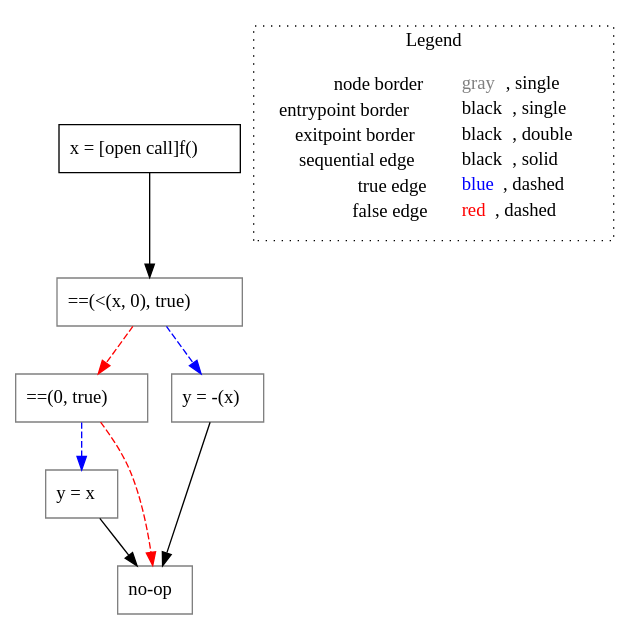
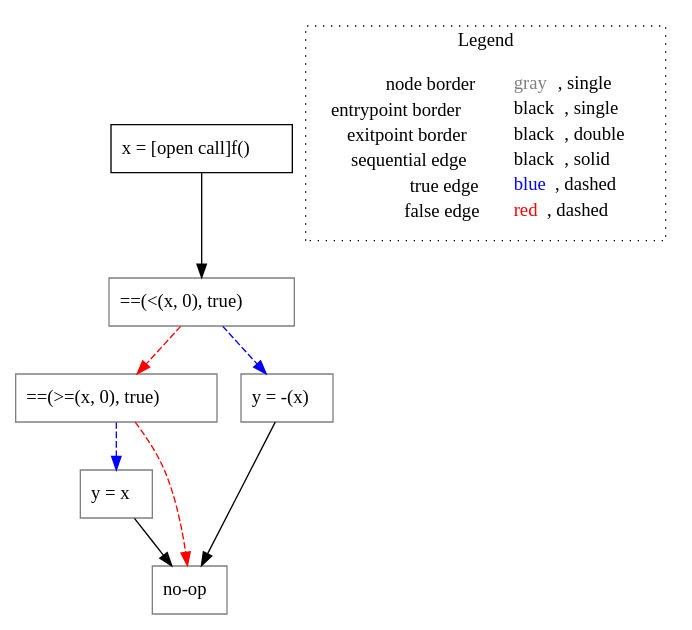
The diagram in go-lisa/test-outputs/cfg/switch/untyped_noGuardWithAsg().dot (lisa-analyzer/go-lisa), drawn with Graphviz before and after one commit. The commit also changed 1 other file, not shown here.

```diff
--- a/go-lisa/test-outputs/cfg/switch/untyped_noGuardWithAsg().dot
+++ b/go-lisa/test-outputs/cfg/switch/untyped_noGuardWithAsg().dot
@@ -1,22 +1,22 @@
 digraph {
 	"node0" [shape="rect",color="black",label=<x = [open call]f()>];
-	"node1" [shape="rect",color="gray",label=<y = x>];
-	"node2" [shape="rect",color="gray",label=<==(0, true)>];
-	"node3" [shape="rect",color="gray",label=<y = -(x)>];
+	"node1" [shape="rect",color="gray",label=<==(&lt;(x, 0), true)>];
+	"node2" [shape="rect",color="gray",label=<y = x>];
+	"node3" [shape="rect",color="gray",label=<==(&gt;=(x, 0), true)>];
 	"node4" [shape="rect",color="gray",label=<no-op>];
-	"node5" [shape="rect",color="gray",label=<==(&lt;(x, 0), true)>];
-	"node1" -> "node4" [color="black"];
-	"node2" -> "node1" [color="blue",style="dashed"];
-	"node2" -> "node4" [color="red",style="dashed"];
-	"node3" -> "node4" [color="black"];
-	"node0" -> "node5" [color="black"];
-	"node5" -> "node2" [color="red",style="dashed"];
-	"node5" -> "node3" [color="blue",style="dashed"];
+	"node5" [shape="rect",color="gray",label=<y = -(x)>];
+	"node1" -> "node3" [color="red",style="dashed"];
+	"node1" -> "node5" [color="blue",style="dashed"];
+	"node2" -> "node4" [color="black"];
+	"node3" -> "node2" [color="blue",style="dashed"];
+	"node3" -> "node4" [color="red",style="dashed"];
+	"node0" -> "node1" [color="black"];
+	"node5" -> "node4" [color="black"];
 subgraph cluster_legend {
 	label="Legend";
 	style=dotted;
 	node [shape=plaintext];
 	"legend" [label=<<table border="0" cellpadding="2" cellspacing="0" cellborder="0"><tr><td align="right">node border&nbsp;</td><td align="left"><font color="gray">gray</font>, single</td></tr><tr><td align="right">entrypoint border&nbsp;</td><td align="left"><font color="black">black</font>, single</td></tr><tr><td align="right">exitpoint border&nbsp;</td><td align="left"><font color="black">black</font>, double</td></tr><tr><td align="right">sequential edge&nbsp;</td><td align="left"><font color="black">black</font>, solid</td></tr><tr><td align="right">true edge&nbsp;</td><td align="left"><font color="blue">blue</font>, dashed</td></tr><tr><td align="right">false edge&nbsp;</td><td align="left"><font color="red">red</font>, dashed</td></tr></table>>];
 }
 
 }
```
